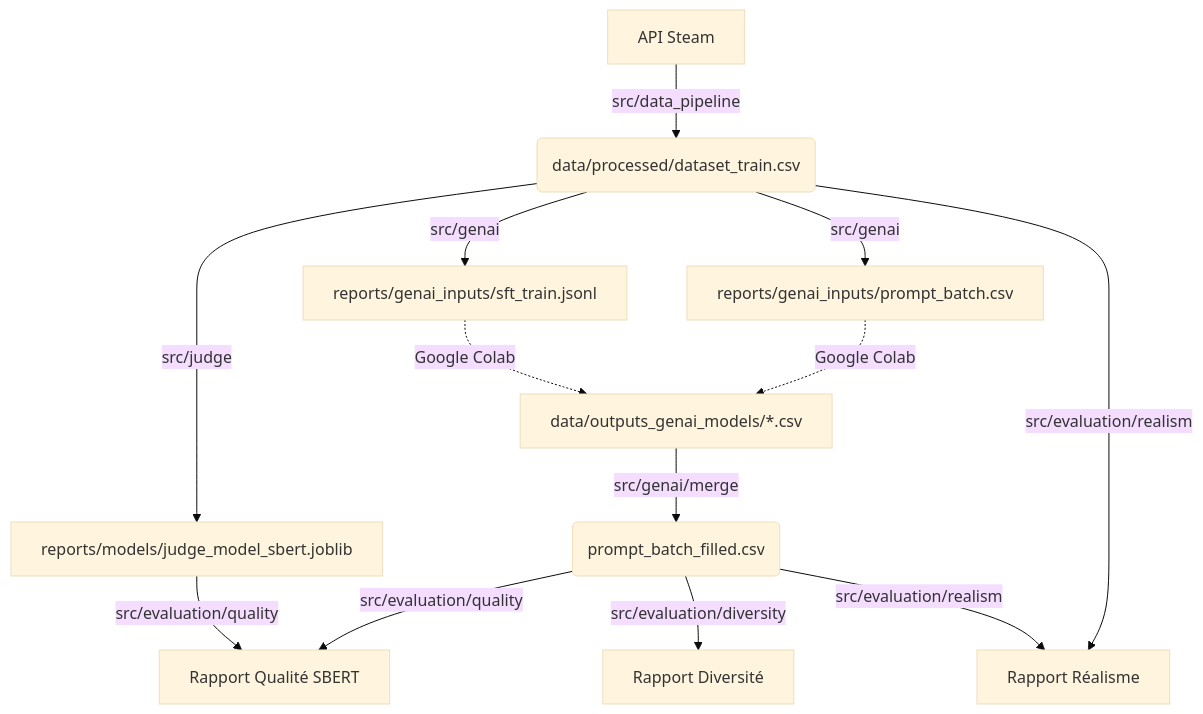
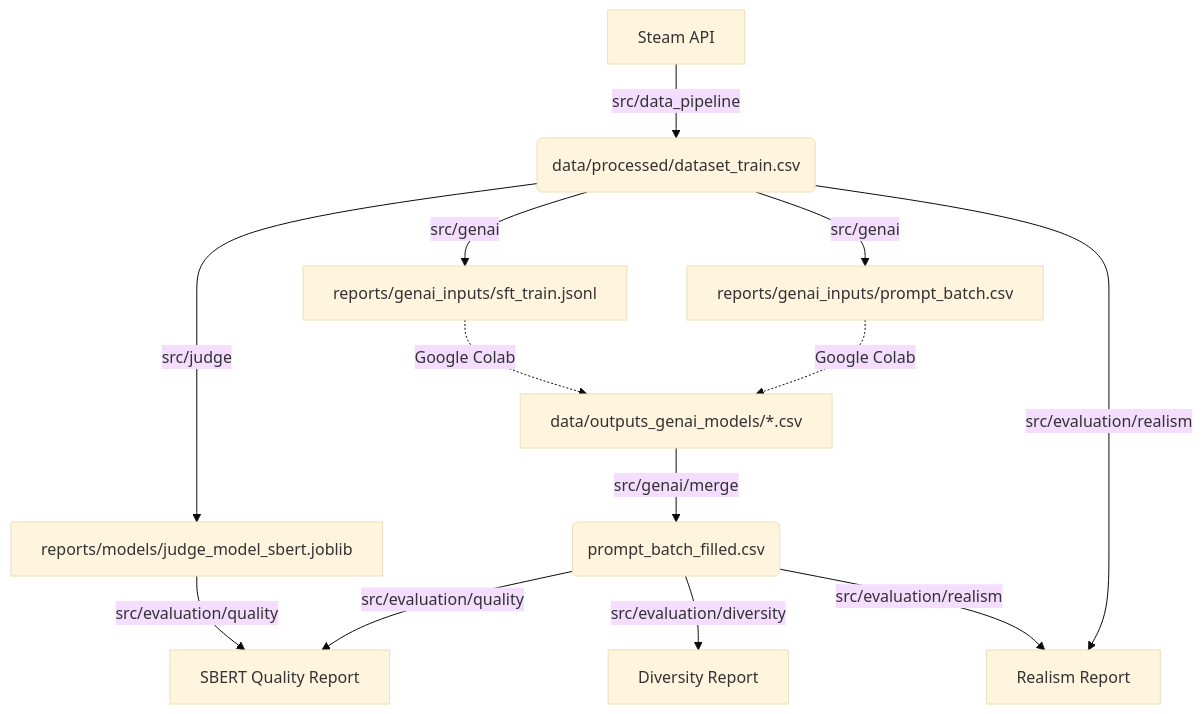
One commit to mlang789/steam-project changed the diagram in USAGE.md. Above: the diagram before and after it, drawn with Mermaid (base theme). The commit also changed other lines of this file and 5 other files, not shown here.

````diff
--- a/USAGE.md
+++ b/USAGE.md
@@ -229,17 +229,17 @@
 ```mermaid
 graph TD
-    A[API Steam] -->|src/data_pipeline| B(data/processed/dataset_train.csv)
+    A[Steam API] -->|src/data_pipeline| B(data/processed/dataset_train.csv)
     
     B -->|src/judge| C[reports/models/judge_model_sbert.joblib]
     
     B -->|src/genai| E[reports/genai_inputs/sft_train.jsonl]
     B -->|src/genai| F[reports/genai_inputs/prompt_batch.csv]
     
     E & F -.->|Google Colab| G[data/outputs_genai_models/*.csv]
     
     G -->|src/genai/merge| H(prompt_batch_filled.csv)
     
-    H & C -->|src/evaluation/quality| I[Rapport Qualité SBERT]
-    H -->|src/evaluation/diversity| J[Rapport Diversité]
-    H & B -->|src/evaluation/realism| K[Rapport Réalisme]
+    H & C -->|src/evaluation/quality| I[SBERT Quality Report]
+    H -->|src/evaluation/diversity| J[Diversity Report]
+    H & B -->|src/evaluation/realism| K[Realism Report]
 ```
````
